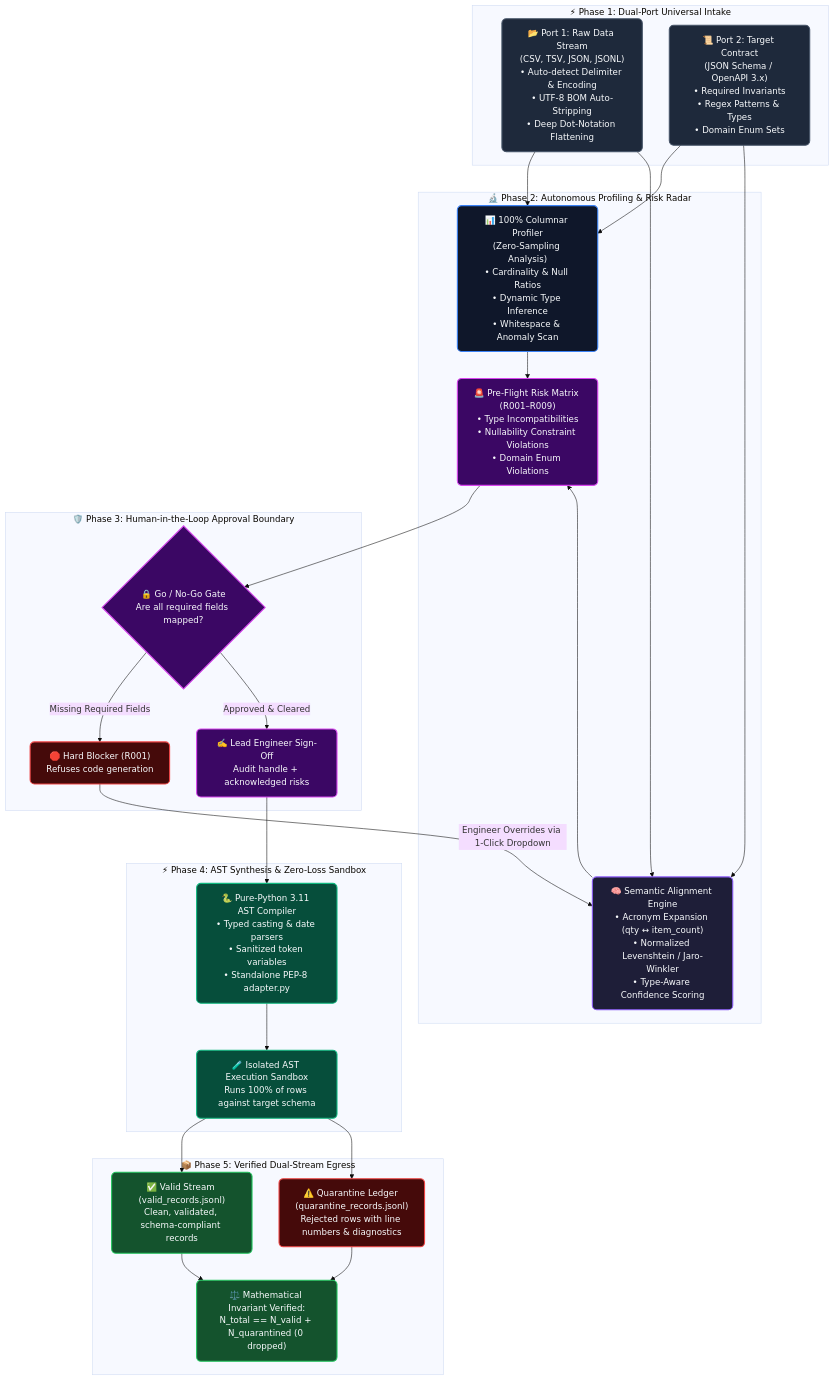
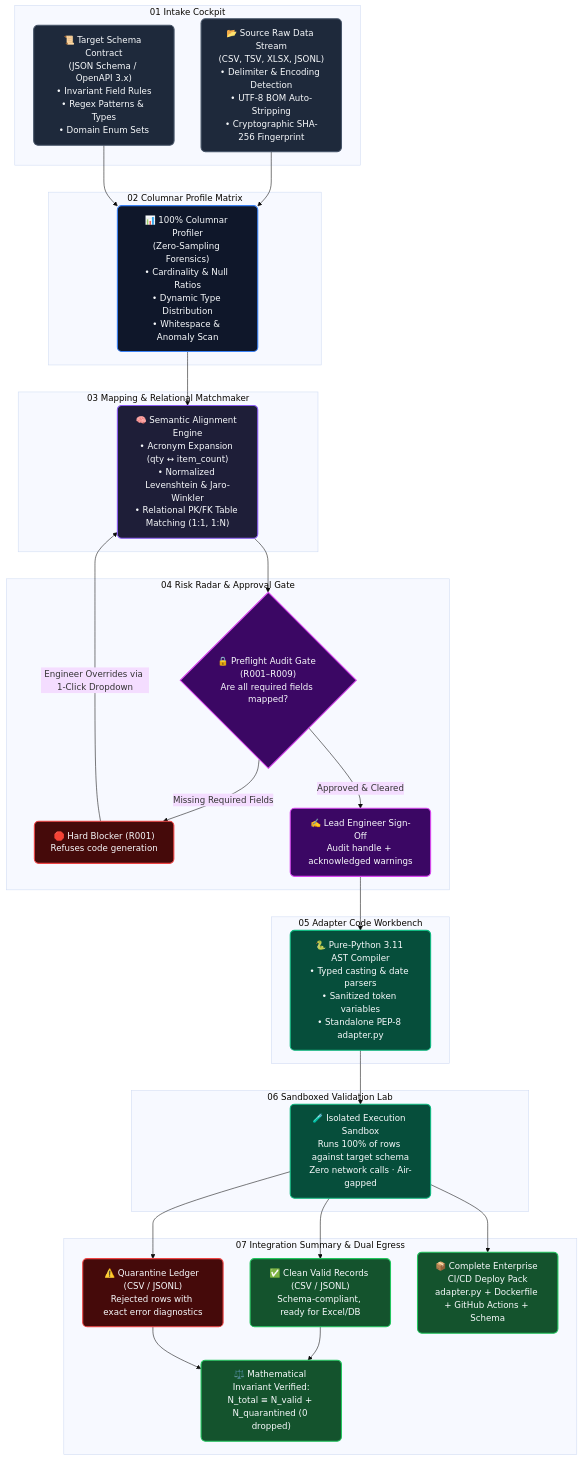
One commit to swamigawai/recon changed the diagram in README.md. Above: the diagram before and after it, drawn with Mermaid (base theme). The commit also changed other lines of this file and 10 other files, not shown here.

````diff
--- a/README.md
+++ b/README.md
@@ -65,49 +65,55 @@
 ```mermaid
 flowchart TD
     classDef inputStyle fill:#1e293b,stroke:#475569,stroke-width:2px,color:#f8fafc,rx:8,ry:8;
     classDef profileStyle fill:#0f172a,stroke:#3b82f6,stroke-width:2px,color:#f8fafc,rx:8,ry:8;
     classDef mappingStyle fill:#1e1e38,stroke:#8b5cf6,stroke-width:2px,color:#f8fafc,rx:8,ry:8;
     classDef gateStyle fill:#3b0764,stroke:#d946ef,stroke-width:2px,color:#f8fafc,rx:8,ry:8;
     classDef synthStyle fill:#064e3b,stroke:#10b981,stroke-width:2px,color:#f8fafc,rx:8,ry:8;
     classDef deliverStyle fill:#14532d,stroke:#22c55e,stroke-width:2px,color:#f8fafc,rx:8,ry:8;
     classDef quarStyle fill:#450a0a,stroke:#ef4444,stroke-width:2px,color:#f8fafc,rx:8,ry:8;
 
-    subgraph PHASE1["⚡ Phase 1: Dual-Port Universal Intake"]
-        P1["📂 Port 1: Raw Data Stream\n(CSV, TSV, JSON, JSONL)\n• Auto-detect Delimiter & Encoding\n• UTF-8 BOM Auto-Stripping\n• Deep Dot-Notation Flattening"]:::inputStyle
-        P2["📜 Port 2: Target Contract\n(JSON Schema / OpenAPI 3.x)\n• Required Invariants\n• Regex Patterns & Types\n• Domain Enum Sets"]:::inputStyle
+    subgraph S1["01 Intake Cockpit"]
+        P1["📂 Source Raw Data Stream\n(CSV, TSV, XLSX, JSONL)\n• Delimiter & Encoding Detection\n• UTF-8 BOM Auto-Stripping\n• Cryptographic SHA-256 Fingerprint"]:::inputStyle
+        P2["📜 Target Schema Contract\n(JSON Schema / OpenAPI 3.x)\n• Invariant Field Rules\n• Regex Patterns & Types\n• Domain Enum Sets"]:::inputStyle
     end
 
-    subgraph PHASE2["🔬 Phase 2: Autonomous Profiling & Risk Radar"]
-        PROF["📊 100% Columnar Profiler\n(Zero-Sampling Analysis)\n• Cardinality & Null Ratios\n• Dynamic Type Inference\n• Whitespace & Anomaly Scan"]:::profileStyle
-        ALIGN["🧠 Semantic Alignment Engine\n• Acronym Expansion (qty ↔ item_count)\n• Normalized Levenshtein / Jaro-Winkler\n• Type-Aware Confidence Scoring"]:::mappingStyle
-        RISK["🚨 Pre-Flight Risk Matrix (R001–R009)\n• Type Incompatibilities\n• Nullability Constraint Violations\n• Domain Enum Violations"]:::gateStyle
+    subgraph S2["02 Columnar Profile Matrix"]
+        PROF["📊 100% Columnar Profiler\n(Zero-Sampling Forensics)\n• Cardinality & Null Ratios\n• Dynamic Type Distribution\n• Whitespace & Anomaly Scan"]:::profileStyle
     end
 
-    subgraph PHASE3["🛡️ Phase 3: Human-in-the-Loop Approval Boundary"]
-        GATE{"🔒 Go / No-Go Gate\nAre all required fields mapped?"}:::gateStyle
-        BLOCK["🛑 Hard Blocker (R001)\nRefuses code generation"]:::quarStyle
-        SIGN["✍️ Lead Engineer Sign-Off\nAudit handle + acknowledged risks"]:::gateStyle
+    subgraph S3["03 Mapping & Relational Matchmaker"]
+        ALIGN["🧠 Semantic Alignment Engine\n• Acronym Expansion (qty ↔ item_count)\n• Normalized Levenshtein & Jaro-Winkler\n• Relational PK/FK Table Matching (1:1, 1:N)"]:::mappingStyle
     end
 
-    subgraph PHASE4["⚡ Phase 4: AST Synthesis & Zero-Loss Sandbox"]
-        AST["🐍 Pure-Python 3.11 AST Compiler\n• Typed casting & date parsers\n• Sanitized token variables\n• Standalone PEP-8 adapter.py"]:::synthStyle
-        SANDBOX["🧪 Isolated AST Execution Sandbox\nRuns 100% of rows against target schema"]:::synthStyle
+    subgraph S4["04 Risk Radar & Approval Gate"]
+        GATE{"🔒 Preflight Audit Gate (R001–R009)\nAre all required fields mapped?"}:::gateStyle
+        BLOCK["🛑 Hard Blocker (R001)\nRefuses code generation"]:::quarStyle
+        SIGN["✍️ Lead Engineer Sign-Off\nAudit handle + acknowledged warnings"]:::gateStyle
     end
 
-    subgraph PHASE5["📦 Phase 5: Verified Dual-Stream Egress"]
-        VALID["✅ Valid Stream (valid_records.jsonl)\nClean, validated, schema-compliant records"]:::deliverStyle
-        QUAR["⚠️ Quarantine Ledger (quarantine_records.jsonl)\nRejected rows with line numbers & diagnostics"]:::quarStyle
-        BALANCE["⚖️ Mathematical Invariant Verified:\nN_total == N_valid + N_quarantined (0 dropped)"]:::deliverStyle
+    subgraph S5["05 Adapter Code Workbench"]
+        AST["🐍 Pure-Python 3.11 AST Compiler\n• Typed casting & date parsers\n• Sanitized token variables\n• Standalone PEP-8 adapter.py"]:::synthStyle
     end
 
-    P1 & P2 --> PROF & ALIGN
-    PROF & ALIGN --> RISK
-    RISK --> GATE
+    subgraph S6["06 Sandboxed Validation Lab"]
+        SANDBOX["🧪 Isolated Execution Sandbox\nRuns 100% of rows against target schema\nZero network calls · Air-gapped"]:::synthStyle
+    end
+
+    subgraph S7["07 Integration Summary & Dual Egress"]
+        VALID["✅ Clean Valid Records (CSV / JSONL)\nSchema-compliant, ready for Excel/DB"]:::deliverStyle
+        QUAR["⚠️ Quarantine Ledger (CSV / JSONL)\nRejected rows with exact error diagnostics"]:::quarStyle
+        PACK["📦 Complete Enterprise CI/CD Deploy Pack\nadapter.py + Dockerfile + GitHub Actions + Schema"]:::deliverStyle
+        BALANCE["⚖️ Mathematical Invariant Verified:\nN_total ≡ N_valid + N_quarantined (0 dropped)"]:::deliverStyle
+    end
+
+    P1 & P2 --> PROF
+    PROF --> ALIGN
+    ALIGN --> GATE
     GATE -->|Missing Required Fields| BLOCK
     BLOCK -->|Engineer Overrides via 1-Click Dropdown| ALIGN
     GATE -->|Approved & Cleared| SIGN
     SIGN --> AST
     AST --> SANDBOX
-    SANDBOX --> VALID & QUAR
+    SANDBOX --> VALID & QUAR & PACK
     VALID & QUAR --> BALANCE
 ```
````
